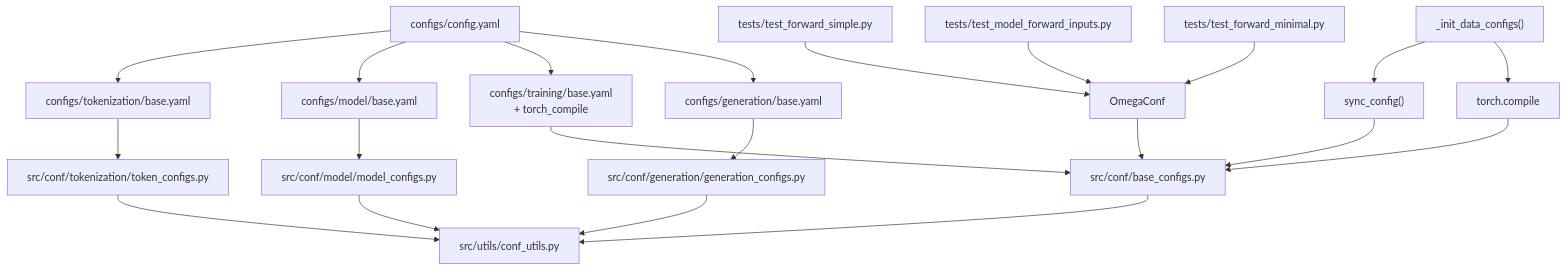
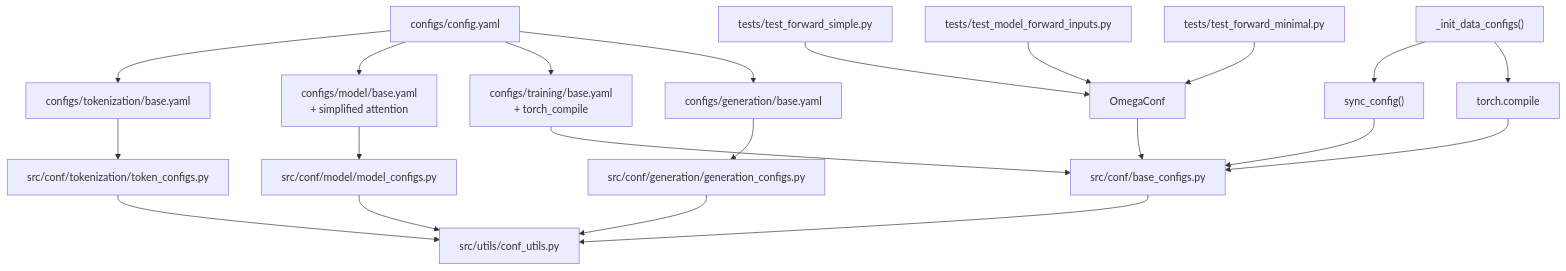
One commit to alibaba/graph-gpt changed diagram 12 of 12 in .qoder/repowiki/en/content/Configuration System/Configuration System.md. Above: the diagram before and after it, drawn with Mermaid. The commit also changed other lines of this file and 7 other files, not shown here.

````diff
--- a/.qoder/repowiki/en/content/Configuration System/Configuration System.md
+++ b/.qoder/repowiki/en/content/Configuration System/Configuration System.md
@@ -823,23 +824,23 @@
 ```mermaid
 graph TB
 Y1["configs/tokenization/base.yaml"] --> DC1["src/conf/tokenization/token_configs.py"]
-Y2["configs/model/base.yaml"] --> DC2["src/conf/model/model_configs.py"]
+Y2["configs/model/base.yaml<br/>+ simplified attention"] --> DC2["src/conf/model/model_configs.py"]
 Y3["configs/training/base.yaml<br/>+ torch_compile"] --> DC3["src/conf/base_configs.py"]
 Y4["configs/generation/base.yaml"] --> DC4["src/conf/generation/generation_configs.py"]
 DC1 --> U["src/utils/conf_utils.py"]
 DC2 --> U
 DC3 --> U
 DC4 --> U
 Orchestrator["configs/config.yaml"] --> Y1
 Orchestrator --> Y2
 Orchestrator --> Y3
 Orchestrator --> Y4
 T1["tests/test_forward_simple.py"] --> OC["OmegaConf"]
 T2["tests/test_model_forward_inputs.py"] --> OC
 T3["tests/test_forward_minimal.py"] --> OC
 OC --> DC3
 Sync["sync_config()"] --> DC3
 Compile["torch.compile"] --> DC3
 Pipeline["_init_data_configs()"] --> Sync
 Pipeline --> Compile
 ```
````
